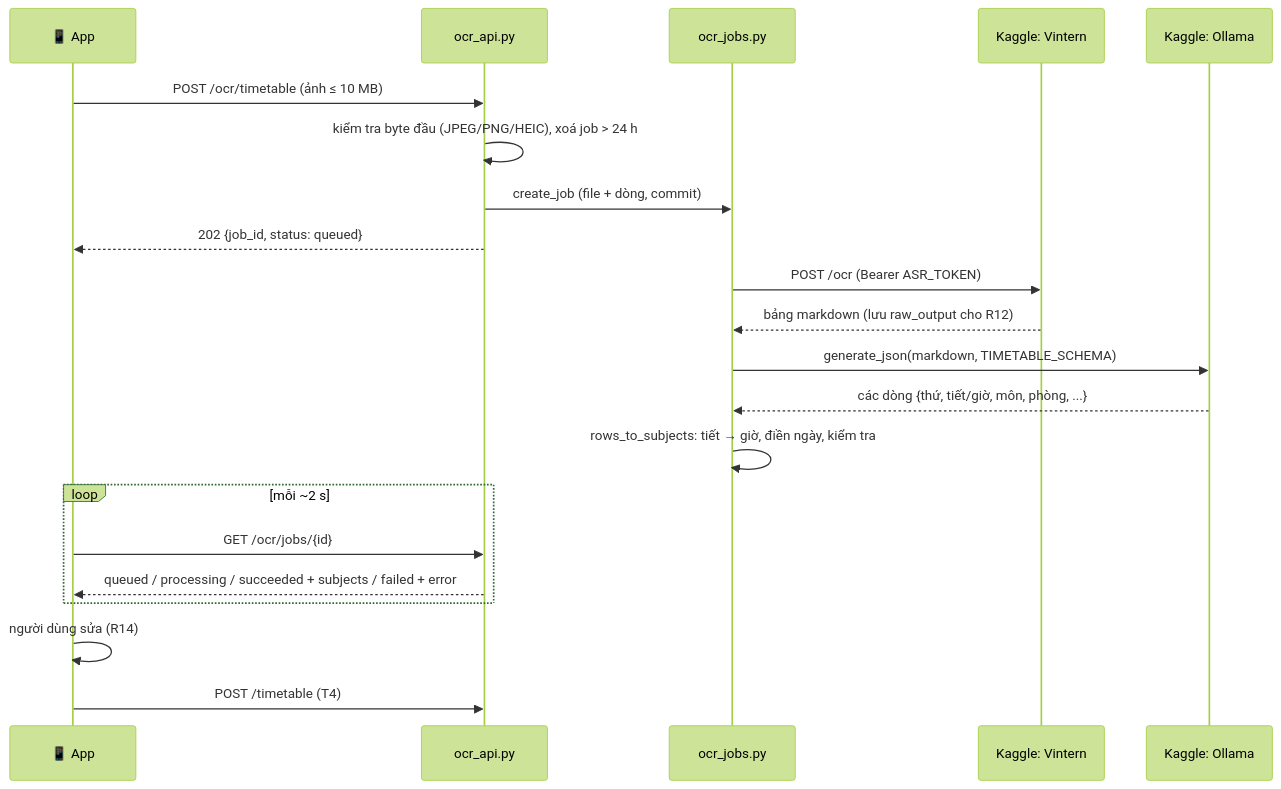
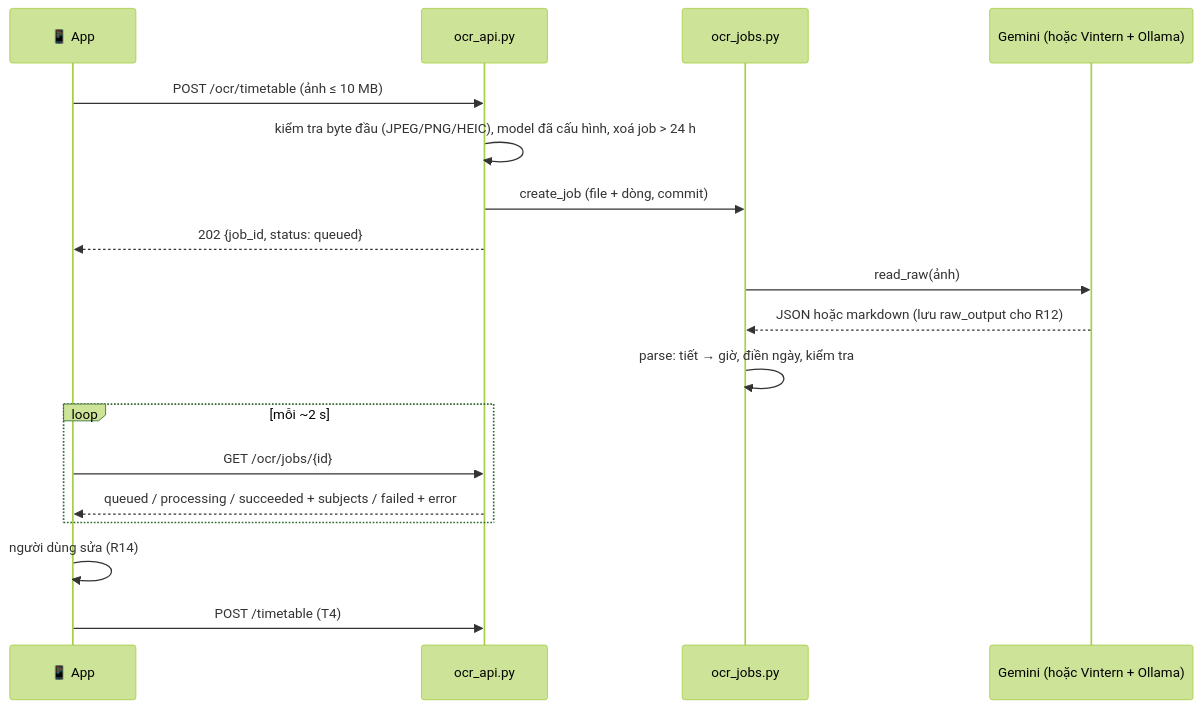
One commit to Znoywho/Recolly changed the diagram in docs/ocr-pipeline.md. Above: the diagram before and after it, drawn with Mermaid (forest theme). The commit also changed other lines of this file and 3 other files, not shown here.

First line of the commit message:
Document the Gemini OCR setup and the decisions behind it

````diff
--- a/docs/ocr-pipeline.md
+++ b/docs/ocr-pipeline.md
@@ -17,23 +37,20 @@
 ```mermaid
 sequenceDiagram
     participant App as 📱 App
     participant API as ocr_api.py
     participant Jobs as ocr_jobs.py
-    participant K as Kaggle: Vintern
-    participant L as Kaggle: Ollama
+    participant M as Gemini (hoặc Vintern + Ollama)
     App->>API: POST /ocr/timetable (ảnh ≤ 10 MB)
-    API->>API: kiểm tra byte đầu (JPEG/PNG/HEIC), xoá job > 24 h
+    API->>API: kiểm tra byte đầu (JPEG/PNG/HEIC), model đã cấu hình, xoá job > 24 h
     API->>Jobs: create_job (file + dòng, commit)
     API-->>App: 202 {job_id, status: queued}
-    Jobs->>K: POST /ocr (Bearer ASR_TOKEN)
-    K-->>Jobs: bảng markdown (lưu raw_output cho R12)
-    Jobs->>L: generate_json(markdown, TIMETABLE_SCHEMA)
-    L-->>Jobs: các dòng {thứ, tiết/giờ, môn, phòng, ...}
-    Jobs->>Jobs: rows_to_subjects: tiết → giờ, điền ngày, kiểm tra
+    Jobs->>M: read_raw(ảnh)
+    M-->>Jobs: JSON hoặc markdown (lưu raw_output cho R12)
+    Jobs->>Jobs: parse: tiết → giờ, điền ngày, kiểm tra
     loop mỗi ~2 s
         App->>API: GET /ocr/jobs/{id}
         API-->>App: queued / processing / succeeded + subjects / failed + error
     end
     App->>App: người dùng sửa (R14)
     App->>API: POST /timetable (T4)
 ```
````
